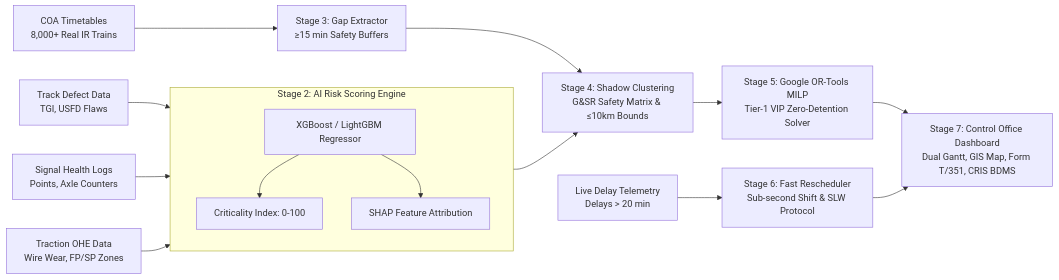
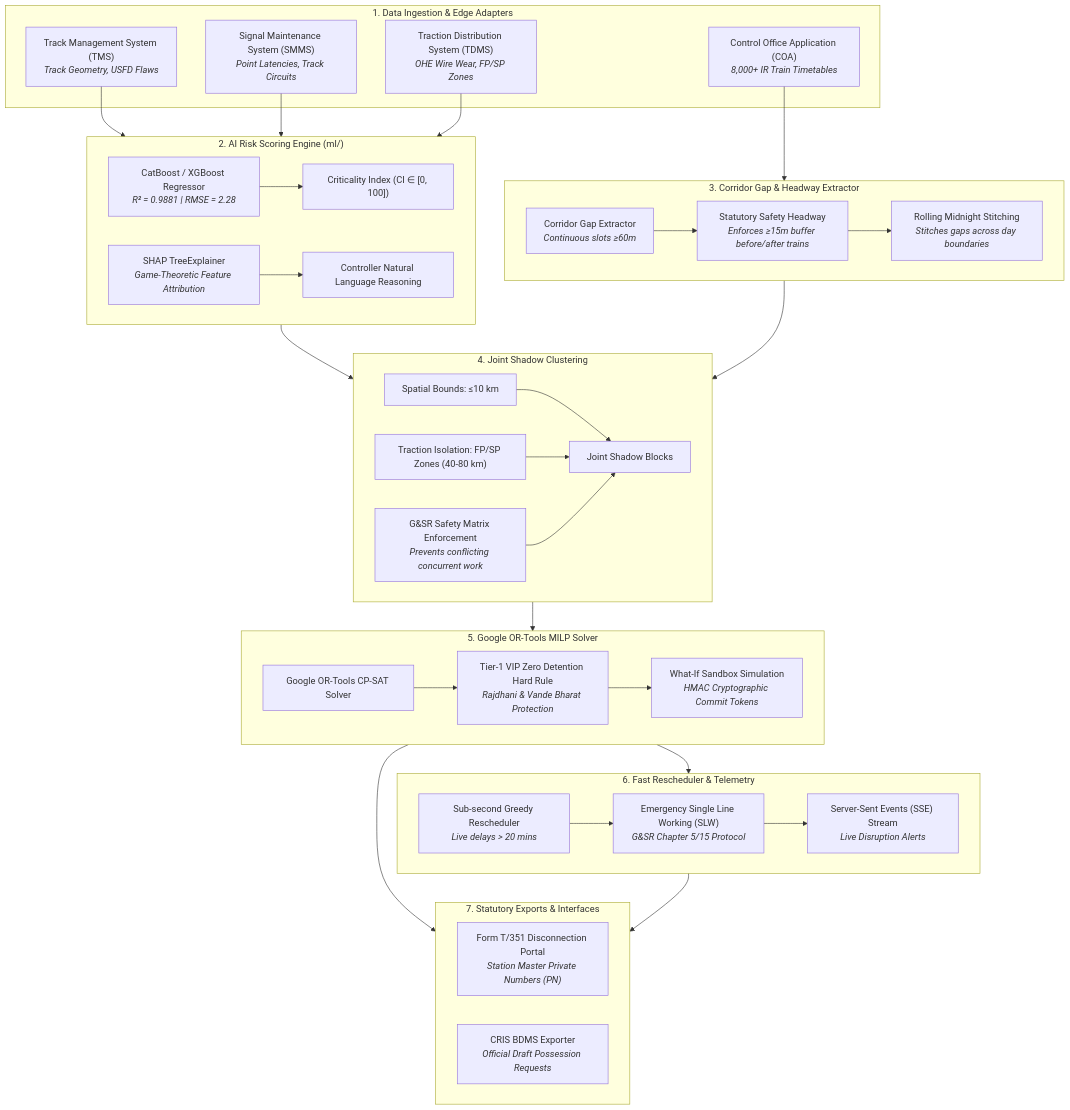
The diagram in README.md (Santo29SL/SIH26-RailBlock), drawn with Mermaid before and after one commit. The commit also changed other lines of this file and 19 other files, not shown here.

````diff
--- a/README.md
+++ b/README.md
@@ -23,23 +23,56 @@
 ```mermaid
-flowchart LR
-    TMS[Track Defect Data<br/>TGI, USFD Flaws] --> STAGE2
-    SMMS[Signal Health Logs<br/>Points, Axle Counters] --> STAGE2
-    TDMS[Traction OHE Data<br/>Wire Wear, FP/SP Zones] --> STAGE2
-
-    subgraph STAGE2 ["Stage 2: AI Risk Scoring Engine"]
-        XGB[XGBoost / LightGBM Regressor] --> CI[Criticality Index: 0-100]
-        XGB --> SHAP[SHAP Feature Attribution]
+flowchart TD
+    subgraph DATA_SOURCES ["1. Data Ingestion & Edge Adapters"]
+        TMS["Track Management System (TMS)<br/><i>Track Geometry, USFD Flaws</i>"]
+        SMMS["Signal Maintenance System (SMMS)<br/><i>Point Latencies, Track Circuits</i>"]
+        TDMS["Traction Distribution System (TDMS)<br/><i>OHE Wire Wear, FP/SP Zones</i>"]
+        COA["Control Office Application (COA)<br/><i>8,000+ IR Train Timetables</i>"]
     end
 
-    COA[COA Timetables<br/>8,000+ Real IR Trains] --> STAGE3[Stage 3: Gap Extractor<br/>≥15 min Safety Buffers]
+    subgraph STAGE2 ["2. AI Risk Scoring Engine (ml/)"]
+        ML_MODEL["CatBoost / XGBoost Regressor<br/><i>R² = 0.9881 | RMSE = 2.28</i>"]
+        SHAP_ENGINE["SHAP TreeExplainer<br/><i>Game-Theoretic Feature Attribution</i>"]
+        ML_MODEL --> CI["Criticality Index (CI ∈ [0, 100])"]
+        SHAP_ENGINE --> REASONING["Controller Natural Language Reasoning"]
+    end
 
-    STAGE2 --> STAGE4[Stage 4: Shadow Clustering<br/>G&SR Safety Matrix & ≤10km Bounds]
-    STAGE3 --> STAGE4
+    subgraph STAGE3 ["3. Corridor Gap & Headway Extractor"]
+        GAP["Corridor Gap Extractor<br/><i>Continuous slots ≥60m</i>"]
+        HEADWAY["Statutory Safety Headway<br/><i>Enforces ≥15m buffer before/after trains</i>"]
+        MIDNIGHT["Rolling Midnight Stitching<br/><i>Stitches gaps across day boundaries</i>"]
+        GAP --> HEADWAY --> MIDNIGHT
+    end
 
-    STAGE4 --> STAGE5[Stage 5: Google OR-Tools MILP<br/>Tier-1 VIP Zero-Detention Solver]
+    subgraph STAGE4 ["4. Joint Shadow Clustering"]
+        SPATIAL["Spatial Bounds: ≤10 km"]
+        ELECTRICAL["Traction Isolation: FP/SP Zones (40-80 km)"]
+        SAFETY_MATRIX["G&SR Safety Matrix Enforcement<br/><i>Prevents conflicting concurrent work</i>"]
+        SPATIAL & ELECTRICAL & SAFETY_MATRIX --> SHADOW_BLOCKS["Joint Shadow Blocks"]
+    end
 
-    LIVE[Live Delay Telemetry<br/>Delays > 20 min] --> STAGE6[Stage 6: Fast Rescheduler<br/>Sub-second Shift & SLW Protocol]
+    subgraph STAGE5 ["5. Google OR-Tools MILP Solver"]
+        OR_TOOLS["Google OR-Tools CP-SAT Solver"]
+        HARD_CONSTRAINTS["Tier-1 VIP Zero Detention Hard Rule<br/><i>Rajdhani & Vande Bharat Protection</i>"]
+        SIMULATOR["What-If Sandbox Simulation<br/><i>HMAC Cryptographic Commit Tokens</i>"]
+        OR_TOOLS --> HARD_CONSTRAINTS --> SIMULATOR
+    end
 
-    STAGE5 --> STAGE7[Stage 7: Control Office Dashboard<br/>Dual Gantt, GIS Map, Form T/351, CRIS BDMS]
-    STAGE6 --> STAGE7
+    subgraph STAGE6 ["6. Fast Rescheduler & Telemetry"]
+        GREEDY["Sub-second Greedy Rescheduler<br/><i>Live delays > 20 mins</i>"]
+        SLW["Emergency Single Line Working (SLW)<br/><i>G&SR Chapter 5/15 Protocol</i>"]
+        SSE["Server-Sent Events (SSE) Stream<br/><i>Live Disruption Alerts</i>"]
+        GREEDY --> SLW --> SSE
+    end
+
+    subgraph STAGE7 ["7. Statutory Exports & Interfaces"]
+        T351["Form T/351 Disconnection Portal<br/><i>Station Master Private Numbers (PN)</i>"]
+        BDMS["CRIS BDMS Exporter<br/><i>Official Draft Possession Requests</i>"]
+    end
+
+    TMS & SMMS & TDMS --> STAGE2
+    COA --> STAGE3
+    STAGE2 & STAGE3 --> STAGE4
+    STAGE4 --> STAGE5
+    STAGE5 --> STAGE6
+    STAGE5 & STAGE6 --> STAGE7
 ```
````
